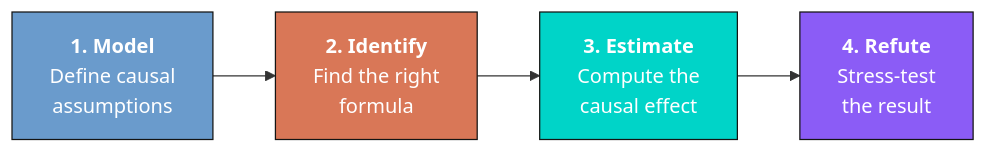
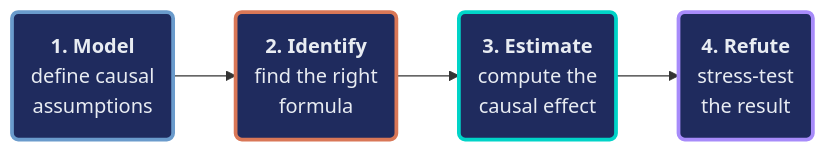
One commit to cmg777/starter-academic-v501 changed the first of 5 diagrams in content/post/python_dowhy/references/tutorial.qmd. Above: the diagram before and after it, drawn with Mermaid. The commit also changed other lines of this file and 42 other files, not shown here.

First line of the commit message:
content(mermaid): restyle Mermaid copies in tutorial sources and the LaLonde slide deck

````diff
--- a/content/post/python_dowhy/references/tutorial.qmd
+++ b/content/post/python_dowhy/references/tutorial.qmd
@@ -221,11 +221,14 @@
 ```{mermaid}
 graph LR
-    A["<b>1. Model</b><br/>Define causal<br/>assumptions"] --> B["<b>2. Identify</b><br/>Find the right<br/>formula"]
-    B --> C["<b>3. Estimate</b><br/>Compute the<br/>causal effect"]
-    C --> D["<b>4. Refute</b><br/>Stress-test<br/>the result"]
-
-    style A fill:#6a9bcc,stroke:#141413,color:#fff
-    style B fill:#d97757,stroke:#141413,color:#fff
-    style C fill:#00d4c8,stroke:#141413,color:#fff
-    style D fill:#8b5cf6,stroke:#141413,color:#fff
+    A("<b>1. Model</b><br/>define causal<br/>assumptions") --> B("<b>2. Identify</b><br/>find the right<br/>formula")
+    B --> C("<b>3. Estimate</b><br/>compute the<br/>causal effect")
+    C --> D("<b>4. Refute</b><br/>stress-test<br/>the result")
+    classDef blue fill:#1f2b5e,stroke:#6a9bcc,stroke-width:3px,color:#e8ecf2
+    classDef orange fill:#1f2b5e,stroke:#d97757,stroke-width:3px,color:#e8ecf2
+    classDef teal fill:#1f2b5e,stroke:#00d4c8,stroke-width:3px,color:#e8ecf2
+    classDef violet fill:#1f2b5e,stroke:#a78bfa,stroke-width:3px,color:#e8ecf2
+    class A blue
+    class B orange
+    class C teal
+    class D violet
 ```
````
